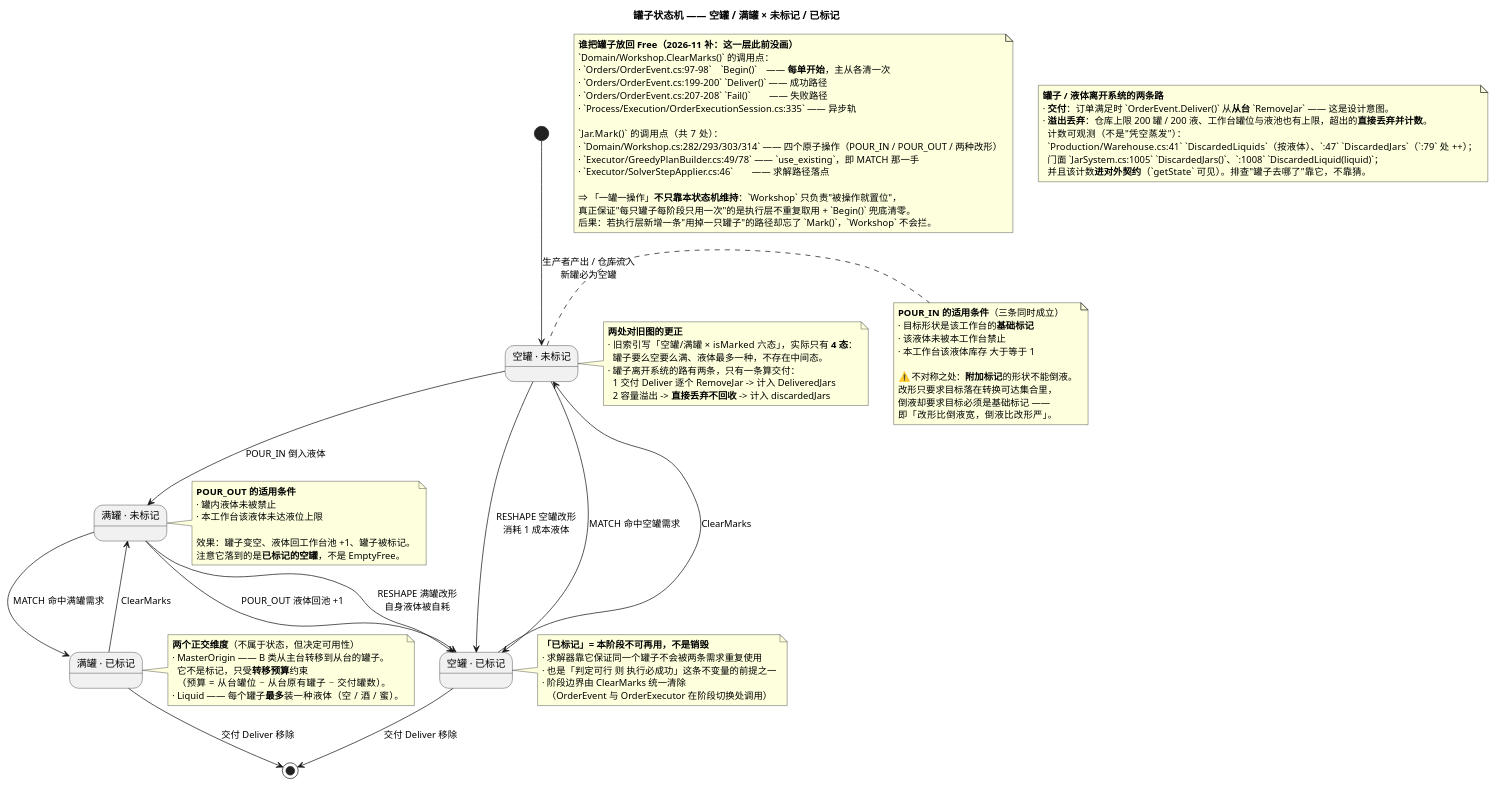
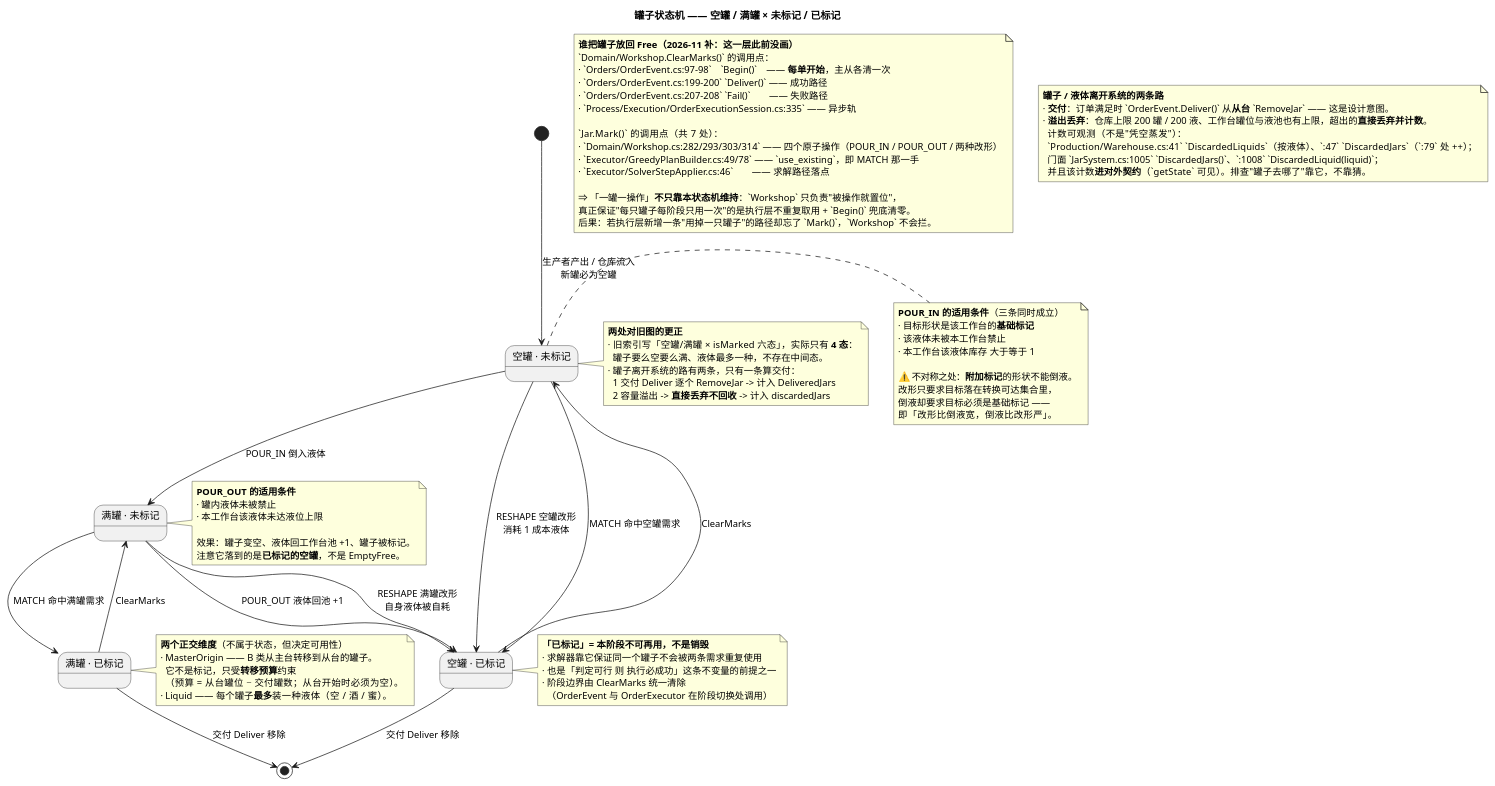
One commit to Lazyair150/jar-system-dotnet changed the diagram in UML/06_State_罐子操作.puml. Above: the diagram before and after it, drawn with PlantUML. The commit also changed 31 other files, not shown here.

First line of the commit message:
docs: UML 15–21、架构决策 0002–0005、内核层次与表达器文档

```diff
--- a/UML/06_State_罐子操作.puml
+++ b/UML/06_State_罐子操作.puml
@@ -1,109 +1,109 @@
 @startuml
 title 罐子状态机 —— 空罐 / 满罐 × 未标记 / 已标记
 
 ' ============================================================
 '  依据：Solver/StateSpaceSolver.cs 的 Apply（四种操作的真实状态效果）
 '    MATCH    需要未标记罐子；完成后 MarkJar，不动液体、不改形状
 '    POUR_IN  需要空罐；消耗工作台液体 1 单位；置入液体；MarkJar
 '    RESHAPE  空罐 -> 消耗 1 单位成本液体；满罐 -> 消耗自身液体；改形状；MarkJar
 '    POUR_OUT 需要满罐；液体回池 +1；罐子变空；MarkJar
 '  ⚠️ 四种操作**全都**会把罐子标记 —— 这就是「一罐一操作」的实现方式。
 ' ============================================================
 
 state "空罐 · 未标记" as EmptyFree
 state "满罐 · 未标记" as FullFree
 state "空罐 · 已标记" as EmptyLocked
 state "满罐 · 已标记" as FullLocked
 
 [*] --> EmptyFree : 生产者产出 / 仓库流入\n新罐必为空罐
 
 EmptyFree --> FullFree : POUR_IN 倒入液体
 EmptyFree --> EmptyLocked : RESHAPE 空罐改形\n消耗 1 成本液体
 EmptyFree --> EmptyLocked : MATCH 命中空罐需求
 
 FullFree --> EmptyLocked : POUR_OUT 液体回池 +1
 FullFree --> FullLocked : MATCH 命中满罐需求
 FullFree --> EmptyLocked : RESHAPE 满罐改形\n自身液体被自耗
 
 EmptyLocked --> [*] : 交付 Deliver 移除
 FullLocked --> [*] : 交付 Deliver 移除
 
 ' 标记不是永久的：阶段边界会清标记
 EmptyLocked --> EmptyFree : ClearMarks
 FullLocked --> FullFree : ClearMarks
 
 note right of EmptyFree
   **POUR_IN 的适用条件**（三条同时成立）
   · 目标形状是该工作台的**基础标记**
   · 该液体未被本工作台禁止
   · 本工作台该液体库存 大于等于 1
 
   ⚠️ 不对称之处：**附加标记**的形状不能倒液。
   改形只要求目标落在转换可达集合里，
   倒液却要求目标必须是基础标记 ——
   即「改形比倒液宽，倒液比改形严」。
 end note
 
 note right of FullFree
   **POUR_OUT 的适用条件**
   · 罐内液体未被禁止
   · 本工作台该液体未达液位上限
 
   效果：罐子变空、液体回工作台池 +1、罐子被标记。
   注意它落到的是**已标记的空罐**，不是 EmptyFree。
 end note
 
 note right of EmptyLocked
   **「已标记」= 本阶段不可再用，不是销毁**
   · 求解器靠它保证同一个罐子不会被两条需求重复使用
   · 也是「判定可行 则 执行必成功」这条不变量的前提之一
   · 阶段边界由 ClearMarks 统一清除
     （OrderEvent 与 OrderExecutor 在阶段切换处调用）
 end note
 
 note right of FullLocked
   **两个正交维度**（不属于状态，但决定可用性）
   · MasterOrigin —— B 类从主台转移到从台的罐子。
     它不是标记，只受**转移预算**约束
-    （预算 = 从台罐位 − 从台原有罐子 − 交付罐数）。
+    （预算 = 从台罐位 − 交付罐数；从台开始时必须为空）。
   · Liquid —— 每个罐子**最多**装一种液体（空 / 酒 / 蜜）。
 end note
 
 note right of EmptyFree
   **两处对旧图的更正**
   · 旧索引写「空罐/满罐 × isMarked 六态」，实际只有 **4 态**：
     罐子要么空要么满、液体最多一种，不存在中间态。
   · 罐子离开系统的路有两条，只有一条算交付：
     1 交付 Deliver 逐个 RemoveJar -> 计入 DeliveredJars
     2 容量溢出 -> **直接丢弃不回收** -> 计入 discardedJars
 end note
 
 note as NWhoUnlocks
   **谁把罐子放回 Free（2026-11 补：这一层此前没画）**
   `Domain/Workshop.ClearMarks()` 的调用点：
   · `Orders/OrderEvent.cs:97-98`　`Begin()`　—— **每单开始**，主从各清一次
   · `Orders/OrderEvent.cs:199-200` `Deliver()` —— 成功路径
   · `Orders/OrderEvent.cs:207-208` `Fail()`　　—— 失败路径
   · `Process/Execution/OrderExecutionSession.cs:335` —— 异步轨
 
   `Jar.Mark()` 的调用点（共 7 处）：
   · `Domain/Workshop.cs:282/293/303/314` —— 四个原子操作（POUR_IN / POUR_OUT / 两种改形）
   · `Executor/GreedyPlanBuilder.cs:49/78` —— `use_existing`，即 MATCH 那一手
   · `Executor/SolverStepApplier.cs:46`　　—— 求解路径落点
 
   ⇒ 「一罐一操作」**不只靠本状态机维持**：`Workshop` 只负责"被操作就置位"，
   真正保证"每只罐子每阶段只用一次"的是执行层不重复取用 + `Begin()` 兜底清零。
   后果：若执行层新增一条"用掉一只罐子"的路径却忘了 `Mark()`，`Workshop` 不会拦。
 end note
 
 note as NLeavingWorld
   **罐子 / 液体离开系统的两条路**
   · **交付**：订单满足时 `OrderEvent.Deliver()` 从**从台** `RemoveJar` —— 这是设计意图。
   · **溢出丢弃**：仓库上限 200 罐 / 200 液、工作台罐位与液池也有上限，超出的**直接丢弃并计数**。
     计数可观测（不是"凭空蒸发"）：
     `Production/Warehouse.cs:41` `DiscardedLiquids`（按液体）、`:47` `DiscardedJars`（`:79` 处 ++）；
     门面 `JarSystem.cs:1005` `DiscardedJars()`、`:1008` `DiscardedLiquid(liquid)`；
     并且该计数**进对外契约**（`getState` 可见）。排查"罐子去哪了"靠它，不靠猜。
 end note
 
 @enduml
```
